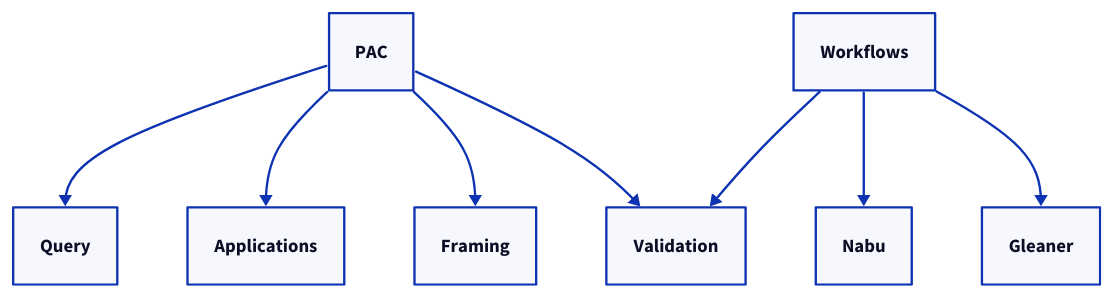
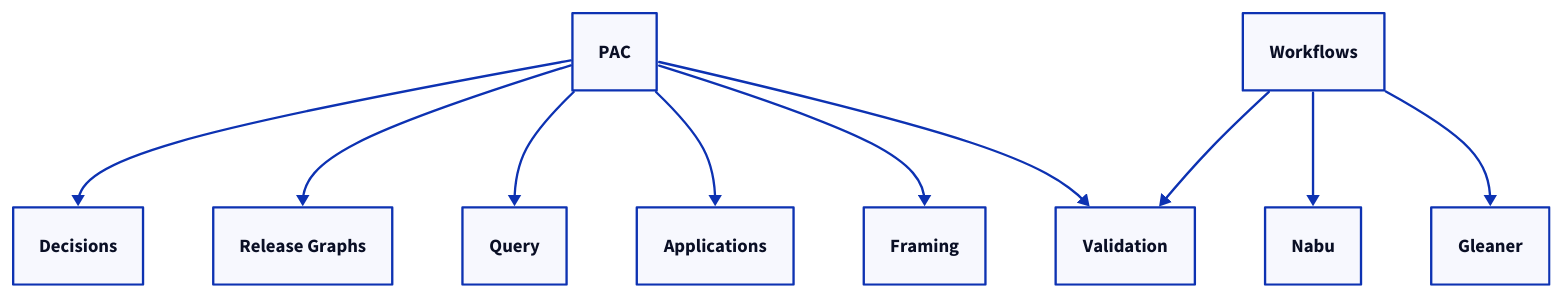
One commit to geoschemas-org/commoncore changed the diagram in docs/images/overview.d2. Above: the diagram before and after it, drawn with D2. The commit also changed 1 other file, not shown here.

Commit message:
update to add in reference to release graphs and things to reference in PAC files

```diff
--- a/docs/images/overview.d2
+++ b/docs/images/overview.d2
@@ -1,8 +1,11 @@
 PAC -> Validation
 PAC -> Framing
 PAC -> Applications
 PAC -> Query
+PAC -> Release Graphs
+PAC -> Decisions
+
 
 Workflows -> Gleaner
 Workflows -> Nabu
 Workflows -> Validation
```
